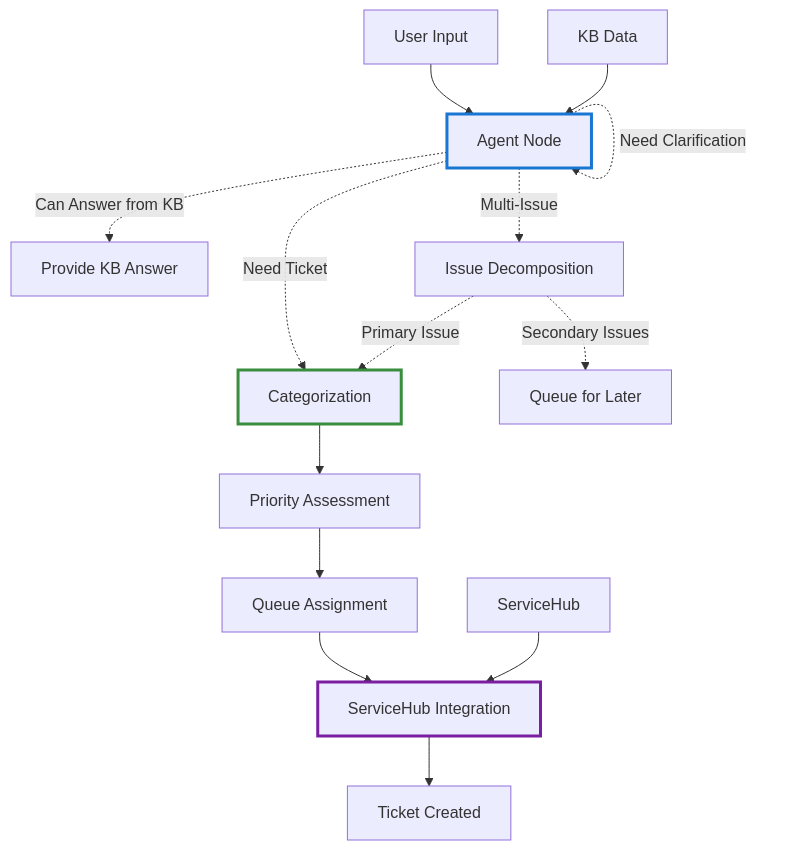
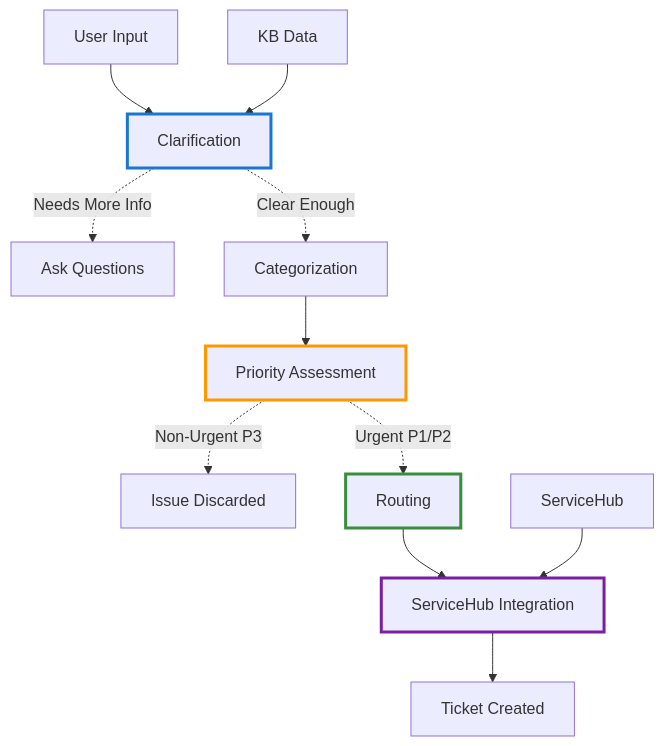
The first of 5 diagrams in README.md (dextersjab/agentic-workbench-langgraph), drawn with Mermaid before and after one commit. The commit also changed other lines of this file and 6 other files, not shown here.

````diff
--- a/README.md
+++ b/README.md
@@ -97,23 +97,21 @@
 ```mermaid
 graph TD
-    A[User Input] --> B[Agent Node]
-    B -.->|Need Clarification| B
-    B -.->|Can Answer from KB| C[Provide KB Answer]
-    B -.->|Need Ticket| D[Categorization]
-    B -.->|Multi-Issue| E[Issue Decomposition]
+    A[User Input] --> B[Clarification]
+    B -.->|Needs More Info| END1[Ask Questions]
+    B -.->|Clear Enough| C[Categorization]
     
-    E -.->|Primary Issue| D
-    E -.->|Secondary Issues| F[Queue for Later]
+    C --> D[Priority Assessment]
+    D -.->|Non-Urgent P3| END2[Issue Discarded]
+    D -.->|Urgent P1/P2| E[Routing]
     
-    D --> G[Priority Assessment]
-    G --> H[Queue Assignment]
-    H --> I[ServiceHub Integration]
-    I --> J[Ticket Created]
+    E --> F[ServiceHub Integration]
+    F --> G[Ticket Created]
     
-    K[KB Data] --> B
-    L[ServiceHub] --> I
+    H[KB Data] --> B
+    I[ServiceHub] --> F
     
     style B stroke:#1976d2,stroke-width:3px
-    style D stroke:#388e3c,stroke-width:3px
-    style I stroke:#7b1fa2,stroke-width:3px
+    style D stroke:#ff9800,stroke-width:3px
+    style E stroke:#388e3c,stroke-width:3px
+    style F stroke:#7b1fa2,stroke-width:3px
 ```
````
